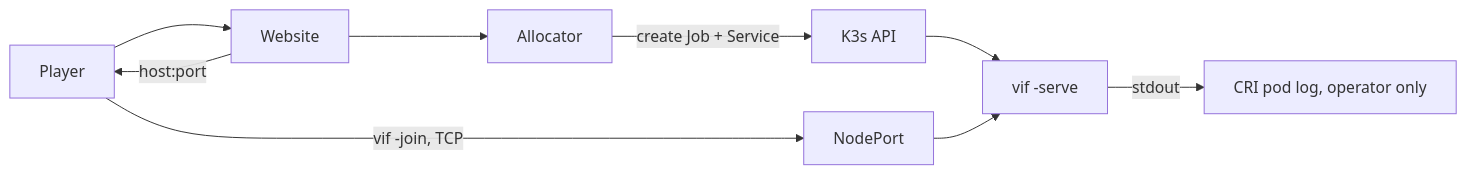
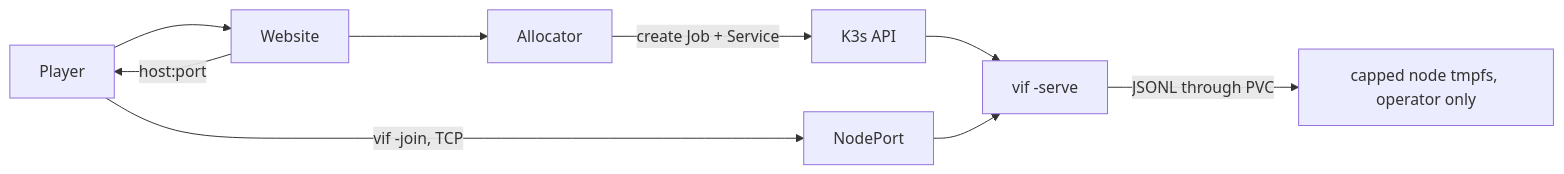
The diagram in doc/kubernetes-fleet.md (lixenwraith/vi-fighter), drawn with Mermaid before and after one commit. The commit also changed other lines of this file and 7 other files, not shown here.

````diff
--- a/doc/kubernetes-fleet.md
+++ b/doc/kubernetes-fleet.md
@@ -35,10 +35,10 @@
 ```mermaid
 flowchart LR
     Player["Player"] --> Site["Website"]
     Site --> Alloc["Allocator"]
     Alloc -->|"create Job + Service"| API["K3s API"]
     API --> Pod["vif -serve"]
     Site -->|"host:port"| Player
     Player -->|"vif -join, TCP"| NP["NodePort"] --> Pod
-    Pod -->|"stdout"| Logs["CRI pod log, operator only"]
+    Pod -->|"JSONL through PVC"| Logs["capped node tmpfs, operator only"]
 ```
````
